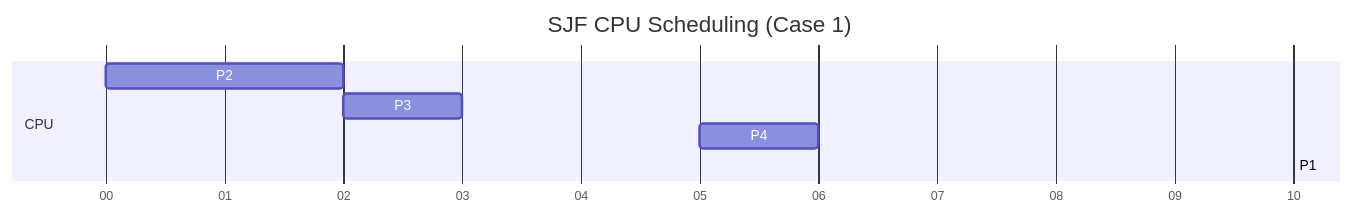
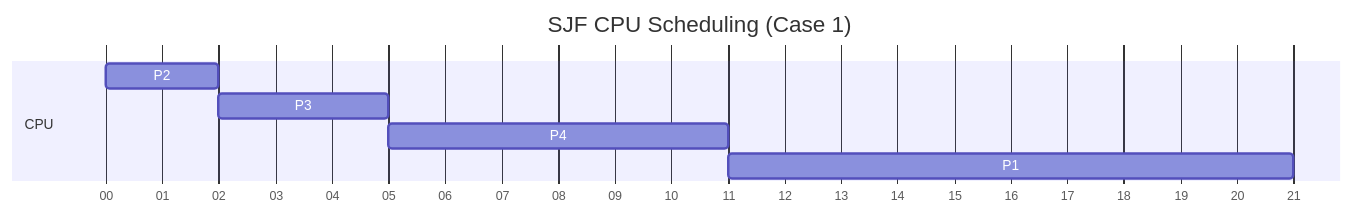
The second of 5 diagrams in Operating_System/LAB/lab5/main.md (TaiChi112/Documents), drawn with Mermaid before and after one commit. The commit also changed other lines of this file, not shown here.

Commit message:
fix: Update Gantt charts for FCFS, SJF, SRTF, and Round Robin CPU scheduling algorithms to correct timing and sequence

````diff
--- a/Operating_System/LAB/lab5/main.md
+++ b/Operating_System/LAB/lab5/main.md
@@ -40,11 +40,11 @@
 ```mermaid
 gantt
     title SJF CPU Scheduling (Case 1)
     dateFormat s
     axisFormat %S
     section CPU
     P2 :0, 2
-    P3 :2, 3
-    P4 :5, 6
-    P1 :11, 10
+    P3 :2, 5
+    P4 :5, 11
+    P1 :11, 21
 ```
````
